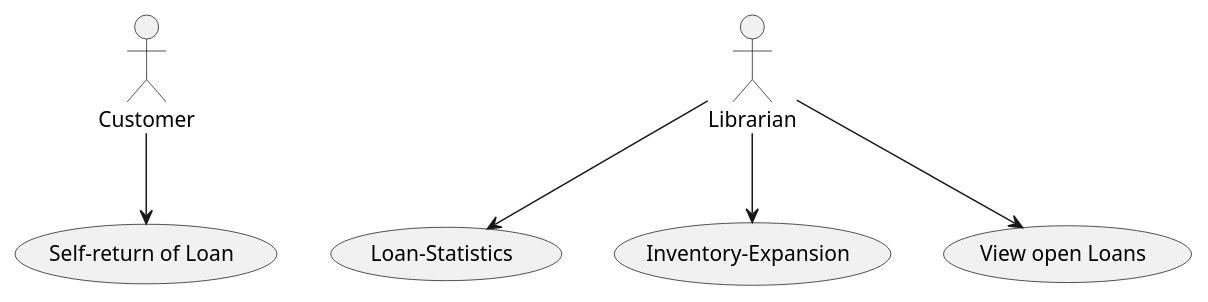
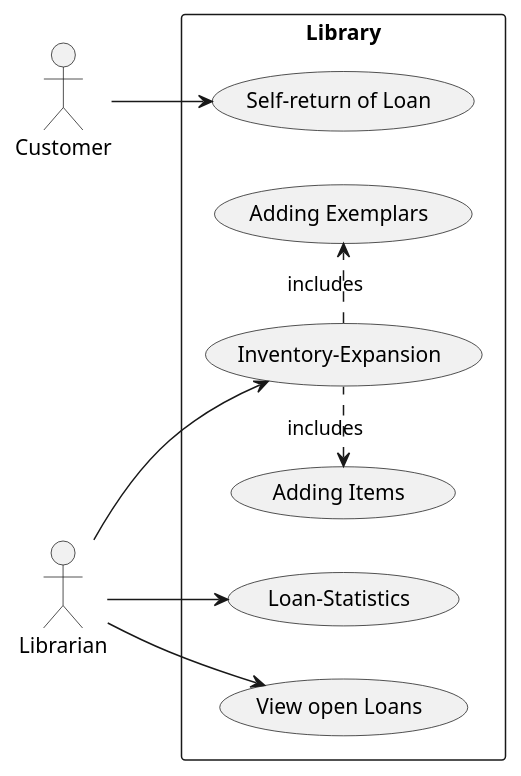
One commit to 1920-5bhif-nvs/03-quarkus-panache-Maxwahl changed the diagram in assets/uc.iuml. Above: the diagram before and after it, drawn with PlantUML.

Commit message:
fixed UC diagram

```diff
--- a/assets/uc.iuml
+++ b/assets/uc.iuml
@@ -1,15 +1,23 @@
 @startuml
+left to right direction
+skinparam packageStyle rectangle
+
 actor customer as "Customer"
 actor librarian as "Librarian"
+
+rectangle Library{
 
 usecase UC1 as "Loan-Statistics"
 usecase UC2 as "Inventory-Expansion"
 usecase UC3 as "View open Loans"
 usecase UC4 as "Self-return of Loan"
-
+usecase UC2a as "Adding Items"
+usecase UC2b as "Adding Exemplars"
+}
+customer --> UC4
+librarian --> UC3
+UC2a <. UC2 : includes
+librarian --> UC2
+UC2 .> UC2b : includes
 librarian --> UC1
-librarian --> UC2
-librarian --> UC3
-
-customer --> UC4
 @enduml
```
